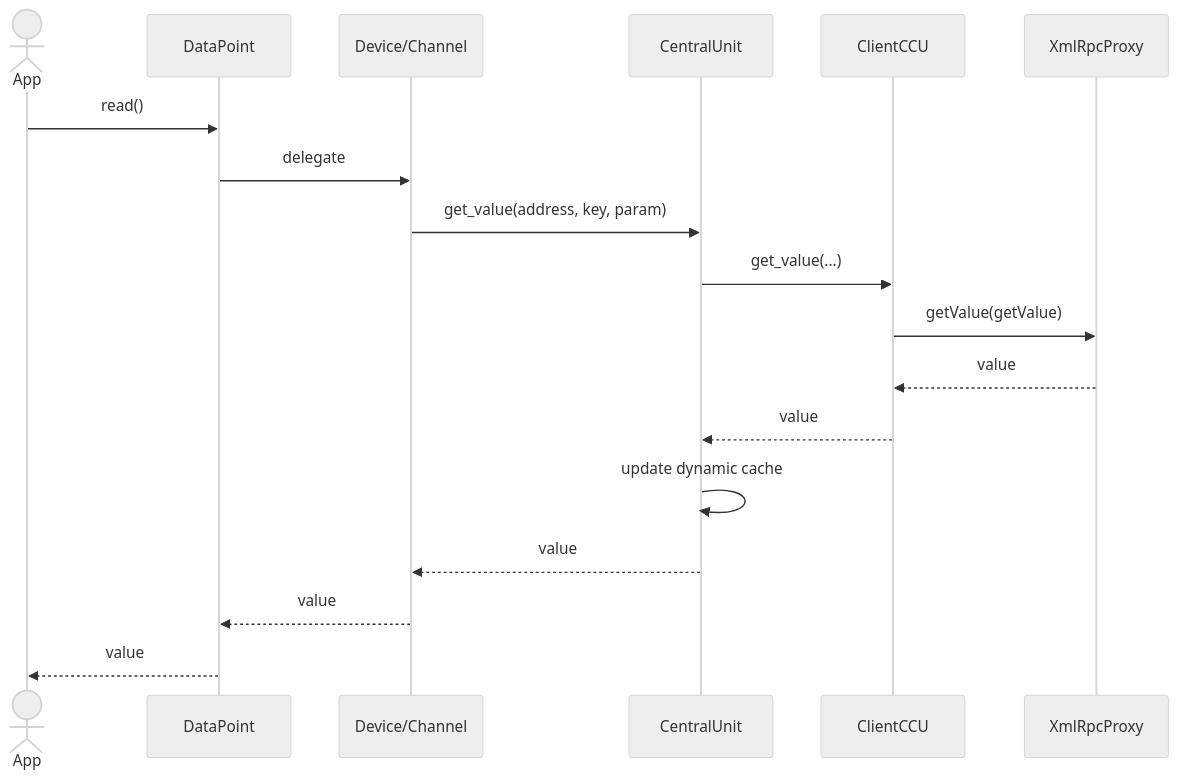
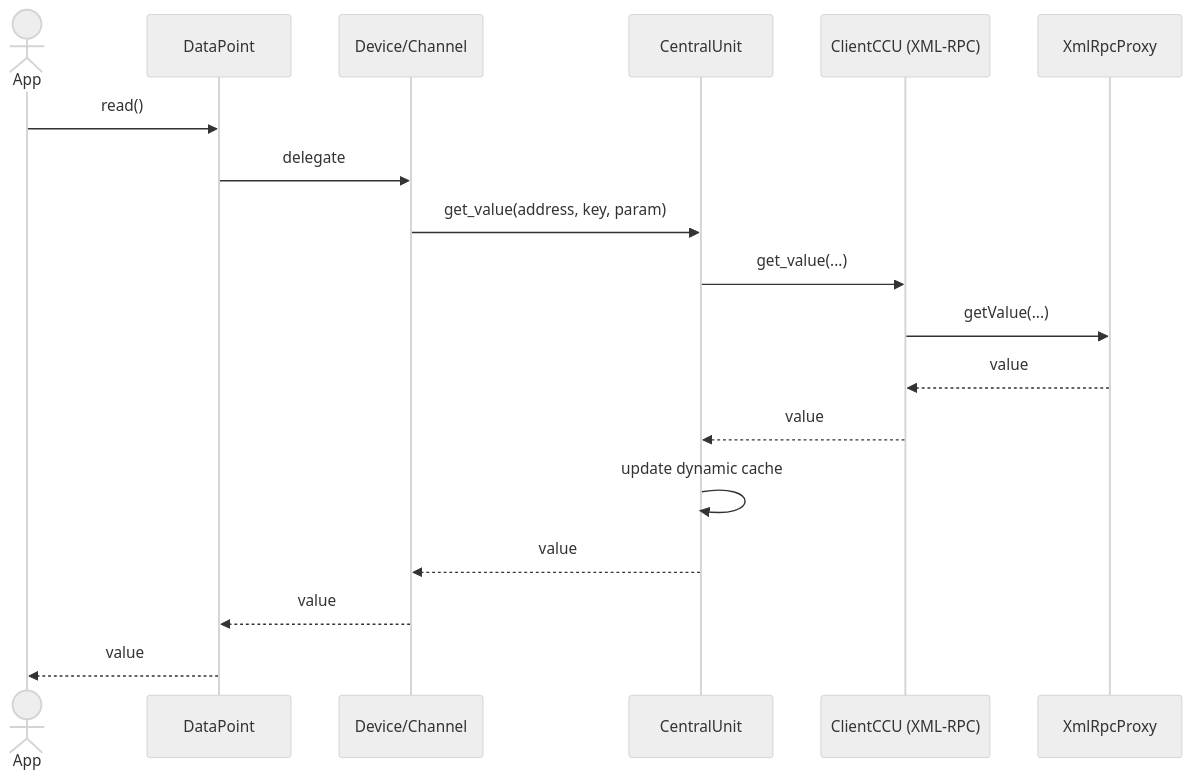
One commit to SukramJ/aiohomematic changed the first of 3 diagrams in docs/data_flow.md. Above: the diagram before and after it, drawn with Mermaid (neutral theme). The commit also changed other lines of this file, not shown here.

````diff
--- a/docs/data_flow.md
+++ b/docs/data_flow.md
@@ -112,20 +112,20 @@
 ```mermaid
 sequenceDiagram
   actor App
   participant DP as DataPoint
   participant Dev as Device/Channel
   participant C as CentralUnit
-  participant CX as ClientCCU
+  participant CX as ClientCCU (XML-RPC)
   participant X as XmlRpcProxy
   App->>DP: read()
   DP->>Dev: delegate
   Dev->>C: get_value(address, key, param)
   C->>CX: get_value(...)
-  CX->>X: getValue(getValue)
+  CX->>X: getValue(...)
   X-->>CX: value
   CX-->>C: value
   C->>C: update dynamic cache
   C-->>Dev: value
   Dev-->>DP: value
   DP-->>App: value
 ```
````
